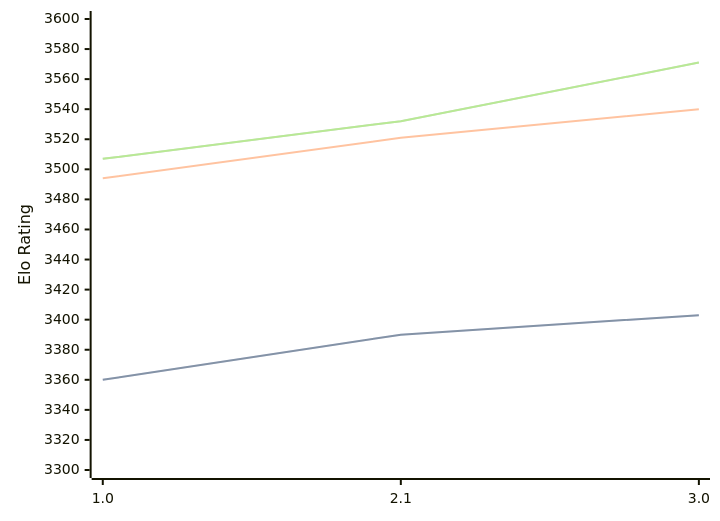
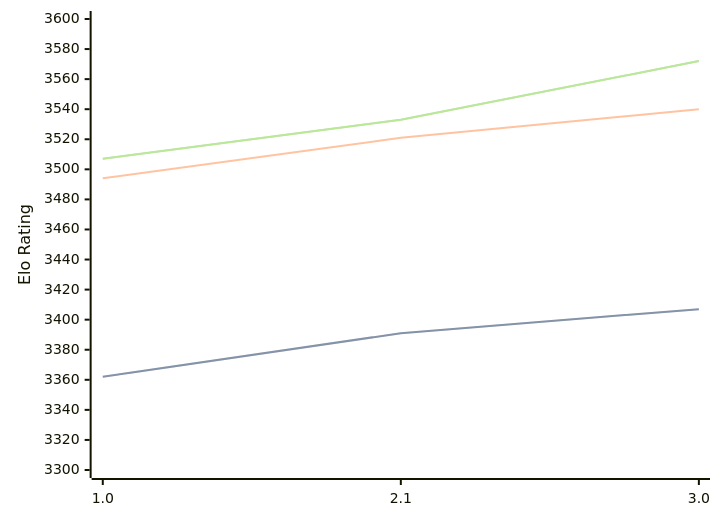
One commit to computer-chess-index/cci changed the diagram in engines/Hobbes.md. Above: the diagram before and after it, drawn with Mermaid. The commit also changed other lines of this file, not shown here.

Commit message:
Update CCI Ratings (ELO VLTC) - 2026-07-26

````diff
--- a/engines/Hobbes.md
+++ b/engines/Hobbes.md
@@ -34,11 +34,11 @@
 ```mermaid
 %%{init: {"theme":"base","themeVariables":{"seriesColors:['#a3a3a3','#222221','#faa371']}}}%%
 xychart-beta
   x-axis ["1.0", "2.1", "3.0"]
   y-axis "Elo Rating" 3300 --> 3600
-  line "STC (8.0+0.08s)" [3360, 3390, 3403]
-  line "STC (8.0+0.08s)" [3360, 3390, 3403]
+  line "STC (8.0+0.08s)" [3362, 3391, 3407]
+  line "STC (8.0+0.08s)" [3362, 3391, 3407]
   line "LTC (60.0+0.60s)" [3494, 3521, 3540]
-  line "VLTC (2m24s+1.12s)" [3507, 3532, 3571]
-  line "VLTC (2m24s+1.12s)" [3507, 3532, 3571]
+  line "VLTC (2m24s+1.12s)" [3507, 3533, 3572]
+  line "VLTC (2m24s+1.12s)" [3507, 3533, 3572]
 ```
````
